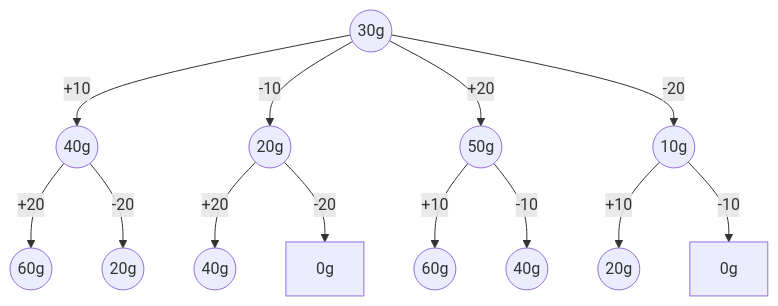
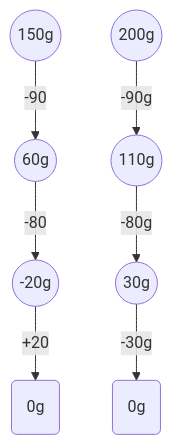
Before and after one commit to finn-rudolph/bwinf2021-1: the diagram in marktwaage.md, drawn with Mermaid. The commit also changed other lines of this file and 2 other files, not shown here.

Commit message:
Marktwaage: Implement an initial greedy solution
Instead of testing every weight in the order they appear, nearer weights
are preferred.

````diff
--- a/marktwaage.md
+++ b/marktwaage.md
@@ -11,20 +11,13 @@
 ```mermaid
 flowchart TB
 
-1((30g)) -->|+10| 21((40g))
-1 -->|-10| 22((20g))
-1 -->|+20| 23((50g))
-1 -->|-20| 24((10g))
+1((150g))
+-->|-90| 2((60g))
+-->|-80| 3(("-20g"))
+-->|+20| 4("0g")
 
-21 -->|+20| 31((60g))
-21 -->|-20| 32((20g))
-
-22 -->|+20| 33((40g))
-22 -->|-20| 34[0g]
-
-23 -->|+10| 35((60g))
-23 -->|-10| 36((40g))
-
-24 -->|+10| 37((20g))
-24 -->|-10| 38[0g]
+5((200g))
+-->|-90g| 6((110g))
+-->|-80g| 7((30g))
+-->|-30g| 8(0g)
 ```
````
